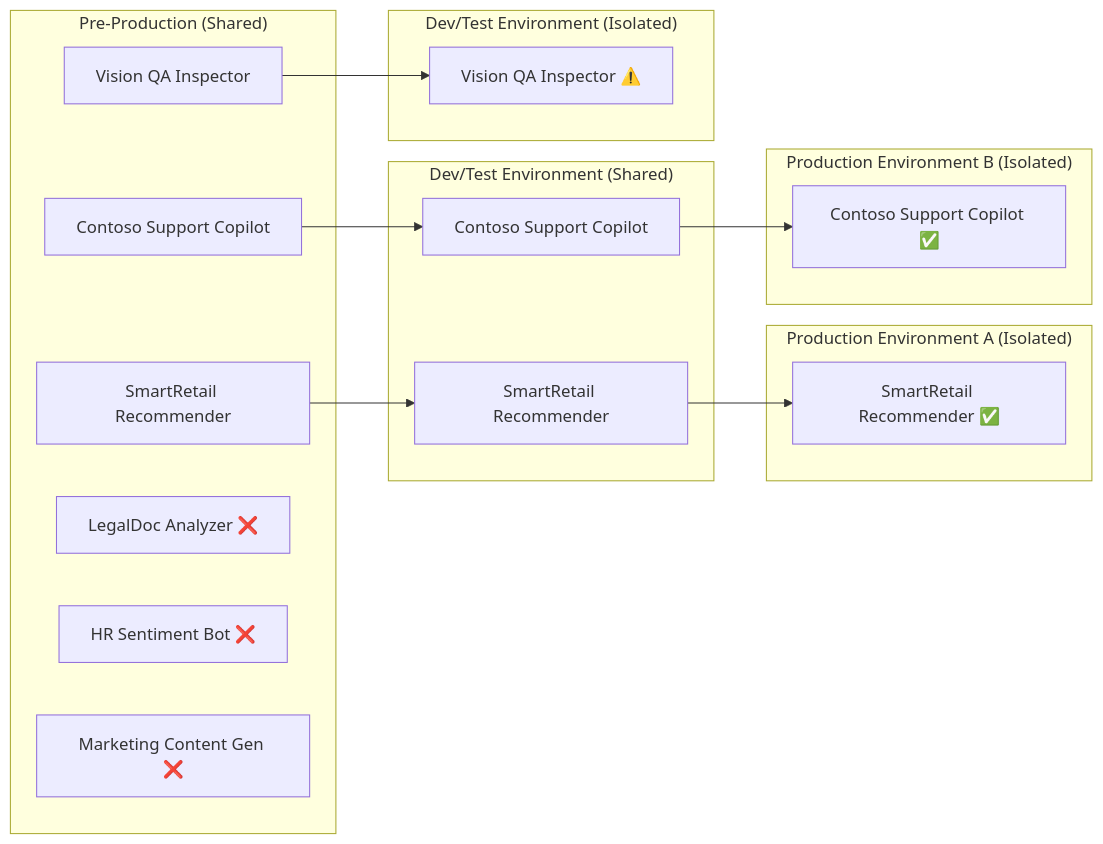
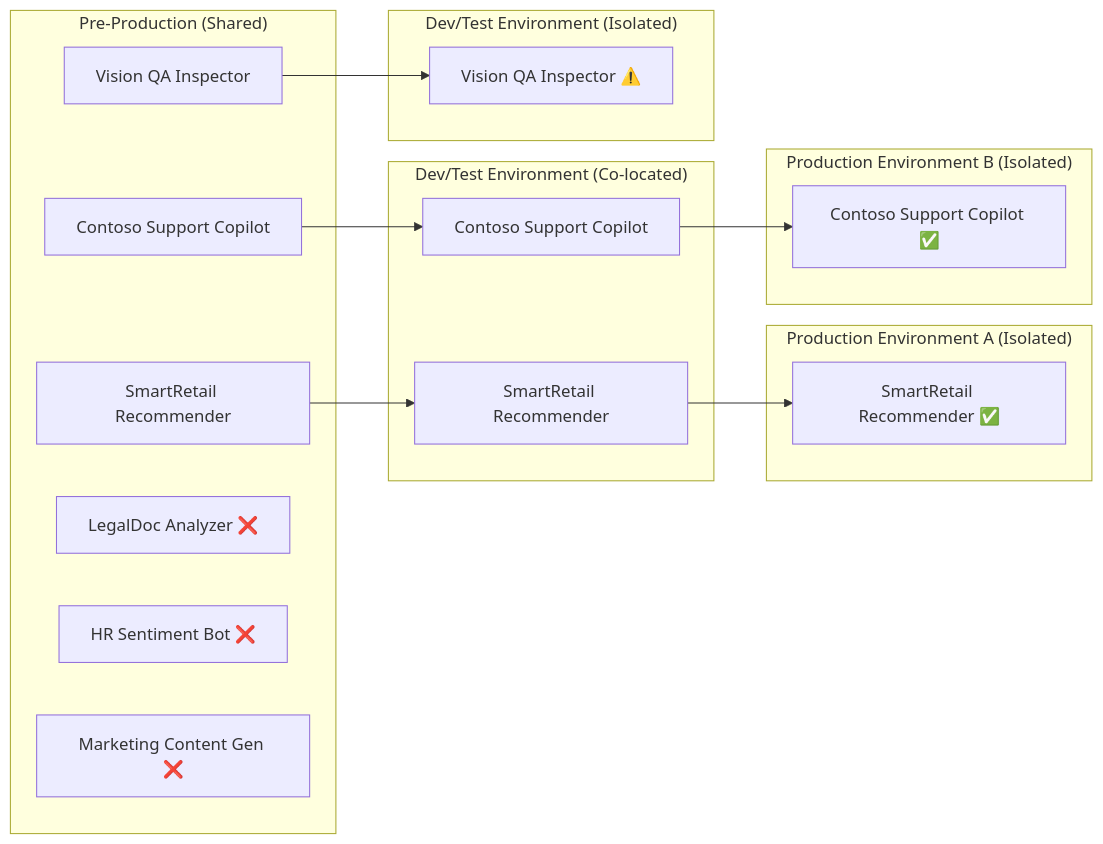
The diagram in docs/ai/platform/ai-platform-sharing-isolation-colocation.md (MicrosoftDocs/cloud-adoption-framework), drawn with Mermaid before and after one commit. The commit also changed other lines of this file, not shown here.

````diff
--- a/docs/ai/platform/ai-platform-sharing-isolation-colocation.md
+++ b/docs/ai/platform/ai-platform-sharing-isolation-colocation.md
@@ -89,39 +97,39 @@
 ```mermaid
 flowchart LR
 
     %% Pre-Production
     subgraph PreProd["Pre-Production (Shared)"]
         P1[SmartRetail Recommender]
         P2[Contoso Support Copilot]
         P3[Vision QA Inspector]
         P4[LegalDoc Analyzer ❌]
         P5[HR Sentiment Bot ❌]
         P6[Marketing Content Gen ❌]
     end
 
-    %% Dev/Test - Shared
-    subgraph DevTestShared["Dev/Test Environment (Shared)"]
+    %% Dev/Test - Co-located
+    subgraph DevTestShared["Dev/Test Environment (Co-located)"]
         D1[SmartRetail Recommender]
         D2[Contoso Support Copilot]
     end
 
-    %% Dev/Test - Isolated
+    %% Dev/Test - Isolated workload B
     subgraph DevTestIso["Dev/Test Environment (Isolated)"]
         D3[Vision QA Inspector ⚠️]
     end
 
     %% Production - Isolated Workload A
     subgraph ProdA["Production Environment A (Isolated)"]
         PR1[SmartRetail Recommender ✅]
     end
 
     %% Production - Isolated Workload B
     subgraph ProdB["Production Environment B (Isolated)"]
         PR2[Contoso Support Copilot ✅]
     end
 
     %% Promotion paths
     P1 --> D1 --> PR1
     P2 --> D2 --> PR2
     P3 --> D3
 ```
````
